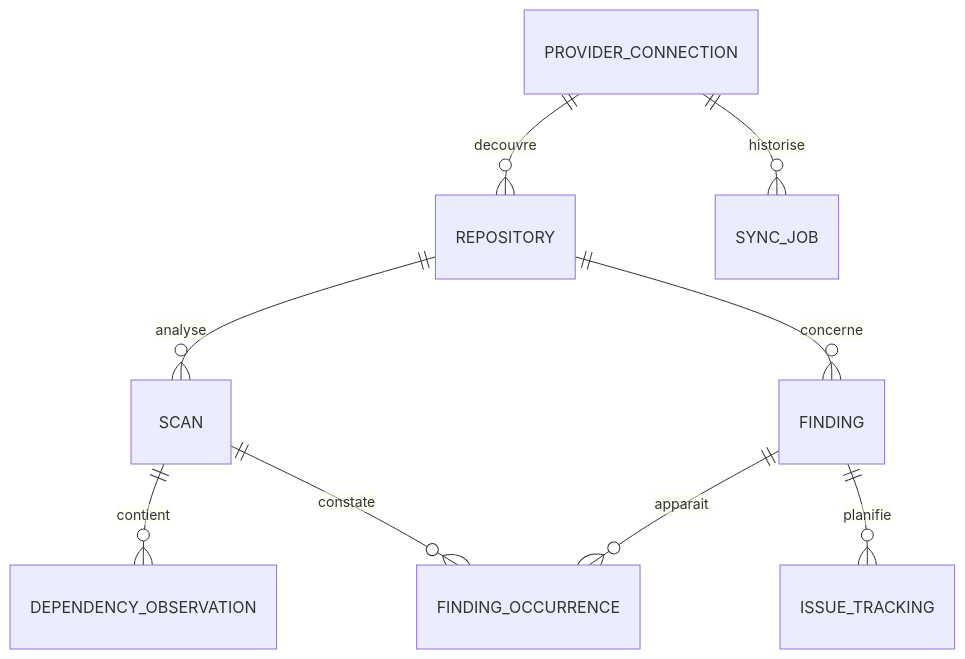
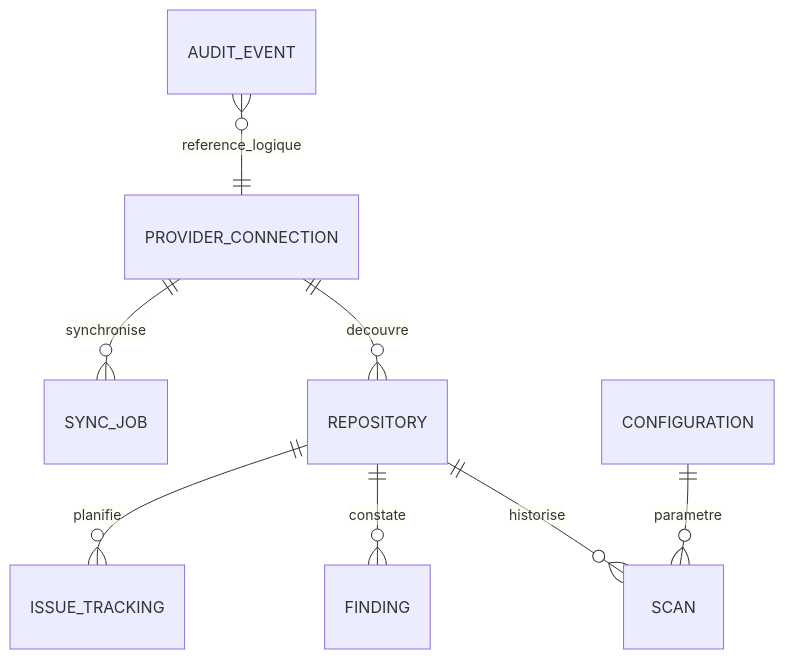
The second of 2 diagrams in docs/architecture.md (ExodiaLabs/ExoPulse), drawn with Mermaid before and after one commit. The commit also changed other lines of this file and 13 other files, not shown here.

Commit message:
:memo: document the functional application and delivery sequence

````diff
--- a/docs/architecture.md
+++ b/docs/architecture.md
@@ -29,11 +19,10 @@
 ```mermaid
 erDiagram
     PROVIDER_CONNECTION ||--o{ REPOSITORY : decouvre
-    PROVIDER_CONNECTION ||--o{ SYNC_JOB : historise
-    REPOSITORY ||--o{ SCAN : analyse
-    SCAN ||--o{ DEPENDENCY_OBSERVATION : contient
-    SCAN ||--o{ FINDING_OCCURRENCE : constate
-    FINDING ||--o{ FINDING_OCCURRENCE : apparait
-    REPOSITORY ||--o{ FINDING : concerne
-    FINDING ||--o{ ISSUE_TRACKING : planifie
+    PROVIDER_CONNECTION ||--o{ SYNC_JOB : synchronise
+    REPOSITORY ||--o{ SCAN : historise
+    REPOSITORY ||--o{ FINDING : constate
+    REPOSITORY ||--o{ ISSUE_TRACKING : planifie
+    CONFIGURATION ||--o{ SCAN : parametre
+    AUDIT_EVENT }o--|| PROVIDER_CONNECTION : reference_logique
 ```
````
